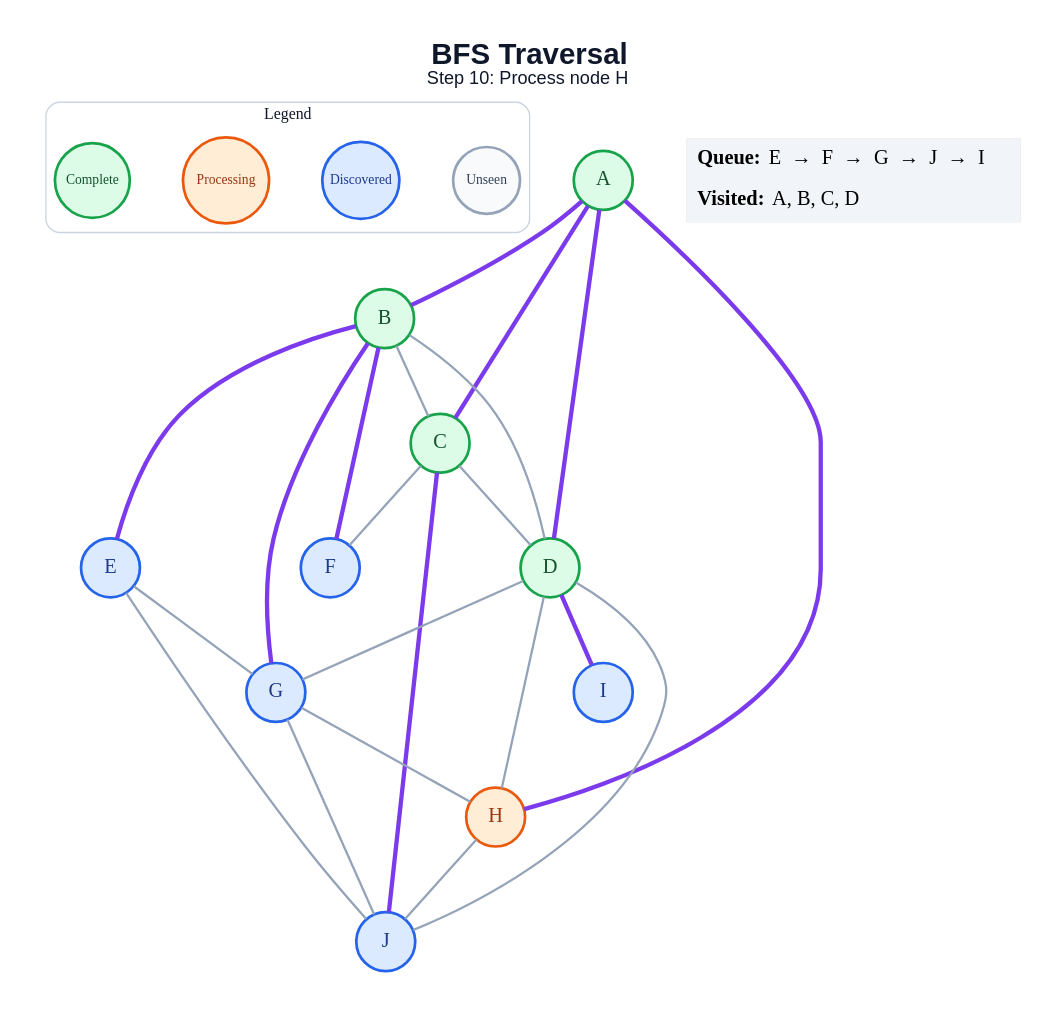
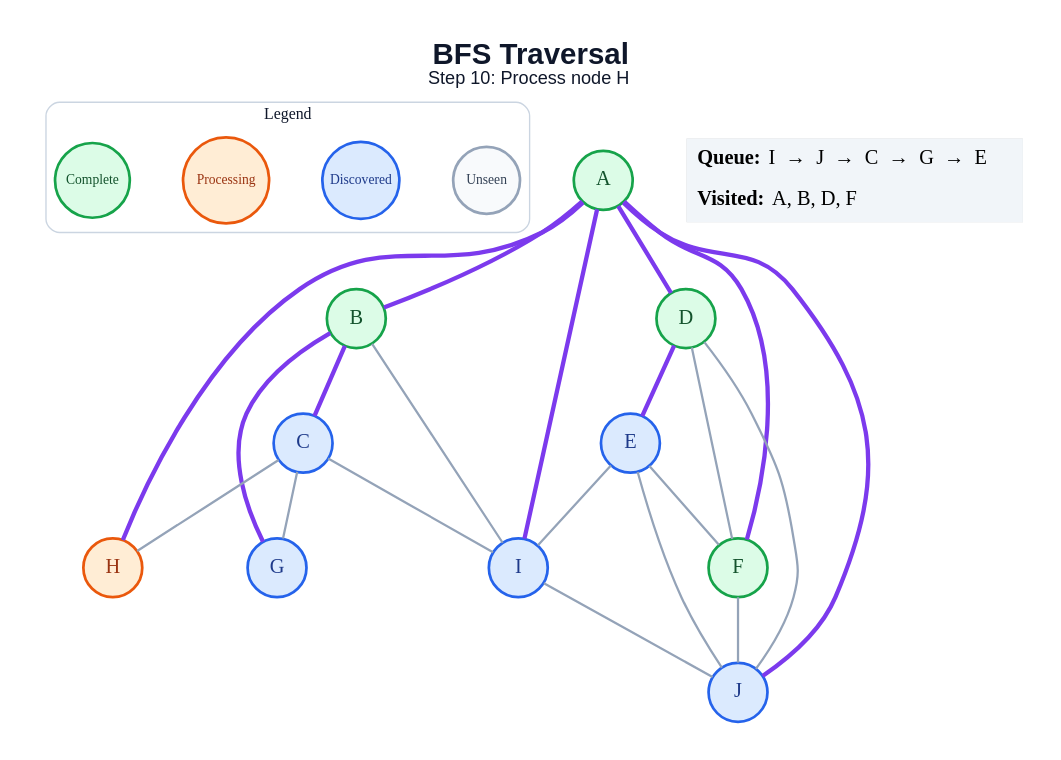
The diagram in generated/bfs/step_10.dot (anon7238593-create/ai-slop), drawn with Graphviz before and after one commit. The commit also changed 178 other files, not shown here.

```diff
--- a/generated/bfs/step_10.dot
+++ b/generated/bfs/step_10.dot
@@ -1,50 +1,49 @@
 graph traversal {
   graph [layout=dot, rankdir=TB, bgcolor="#FFFFFF", pad="0.35", nodesep="0.65", ranksep="0.8", fontname="Arial"];
   node [shape=circle, style="filled", fontname="Arial Bold", fontsize=18, width=0.72, fixedsize=true, penwidth=2.4];
   edge [color="#94A3B8", penwidth=2.0];
   label=<<B>BFS Traversal</B><BR/><FONT POINT-SIZE="16">Step 10: Process node H</FONT>>; labelloc="t"; fontsize=26; fontname="Arial"; fontcolor="#0F172A";
   subgraph cluster_legend { label="Legend"; color="#CBD5E1"; penwidth=1.2; style="rounded"; fontsize=14; fontname="Arial Bold";
     key_unseen [label="Unseen", fillcolor="#F8FAFC", color="#94A3B8", fontcolor="#334155", fontsize=12, width=0.82];
     key_frontier [label="Discovered", fillcolor="#DBEAFE", color="#2563EB", fontcolor="#1E3A8A", fontsize=12, width=0.95];
     key_current [label="Processing", fillcolor="#FFEDD5", color="#EA580C", fontcolor="#9A3412", fontsize=12, width=1.05];
     key_done [label="Complete", fillcolor="#DCFCE7", color="#16A34A", fontcolor="#14532D", fontsize=12, width=0.92];
     { rank=same; key_unseen; key_frontier; key_current; key_done; }
   }
   A [fillcolor="#DCFCE7", color="#16A34A", fontcolor="#14532D"];
   B [fillcolor="#DCFCE7", color="#16A34A", fontcolor="#14532D"];
-  C [fillcolor="#DCFCE7", color="#16A34A", fontcolor="#14532D"];
+  C [fillcolor="#DBEAFE", color="#2563EB", fontcolor="#1E3A8A"];
   D [fillcolor="#DCFCE7", color="#16A34A", fontcolor="#14532D"];
   E [fillcolor="#DBEAFE", color="#2563EB", fontcolor="#1E3A8A"];
-  F [fillcolor="#DBEAFE", color="#2563EB", fontcolor="#1E3A8A"];
+  F [fillcolor="#DCFCE7", color="#16A34A", fontcolor="#14532D"];
   G [fillcolor="#DBEAFE", color="#2563EB", fontcolor="#1E3A8A"];
   H [fillcolor="#FFEDD5", color="#EA580C", fontcolor="#9A3412"];
   I [fillcolor="#DBEAFE", color="#2563EB", fontcolor="#1E3A8A"];
   J [fillcolor="#DBEAFE", color="#2563EB", fontcolor="#1E3A8A"];
   A -- B [color="#7C3AED", penwidth=3.8];
-  A -- C [color="#7C3AED", penwidth=3.8];
   A -- D [color="#7C3AED", penwidth=3.8];
+  A -- F [color="#7C3AED", penwidth=3.8];
   A -- H [color="#7C3AED", penwidth=3.8];
-  B -- C;
-  B -- D;
-  B -- E [color="#7C3AED", penwidth=3.8];
-  B -- F [color="#7C3AED", penwidth=3.8];
+  A -- I [color="#7C3AED", penwidth=3.8];
+  A -- J [color="#7C3AED", penwidth=3.8];
+  B -- C [color="#7C3AED", penwidth=3.8];
   B -- G [color="#7C3AED", penwidth=3.8];
-  C -- D;
-  C -- F;
-  C -- J [color="#7C3AED", penwidth=3.8];
-  D -- G;
-  D -- H;
-  D -- I [color="#7C3AED", penwidth=3.8];
+  B -- I;
+  C -- G;
+  C -- H;
+  C -- I;
+  D -- E [color="#7C3AED", penwidth=3.8];
+  D -- F;
   D -- J;
-  E -- G;
+  E -- F;
+  E -- I;
   E -- J;
-  G -- H;
-  G -- J;
-  H -- J;
+  F -- J;
+  I -- J;
   status [shape=plain, fixedsize=false, width=0, height=0, margin=0, label=<
     <TABLE BORDER="0" CELLBORDER="0" CELLPADDING="7" BGCOLOR="#F1F5F9">
-      <TR><TD ALIGN="LEFT"><B>Queue:</B> E  →  F  →  G  →  J  →  I</TD></TR>
-      <TR><TD ALIGN="LEFT"><B>Visited:</B> A, B, C, D</TD></TR>
+      <TR><TD ALIGN="LEFT"><B>Queue:</B> I  →  J  →  C  →  G  →  E</TD></TR>
+      <TR><TD ALIGN="LEFT"><B>Visited:</B> A, B, D, F</TD></TR>
     </TABLE>
   >];
 }
```
